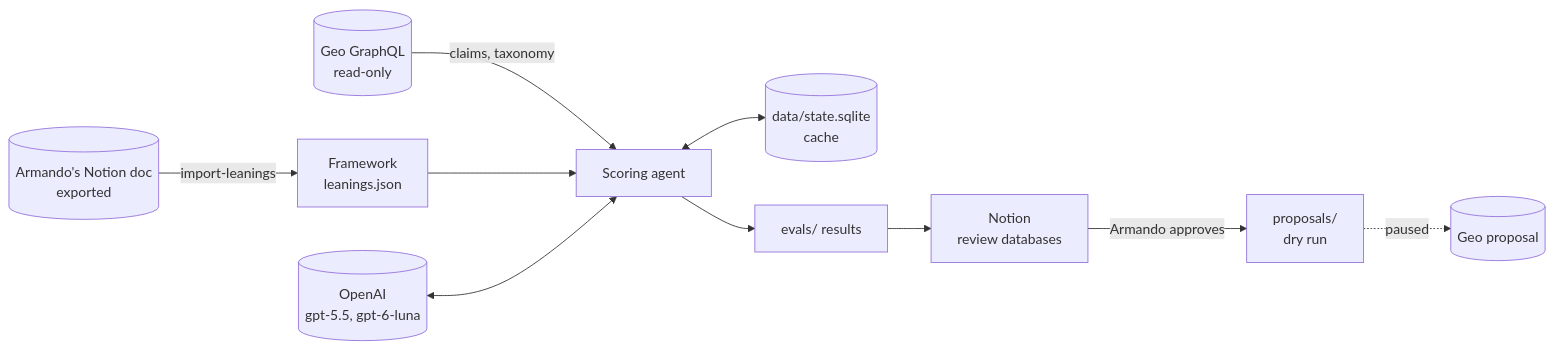
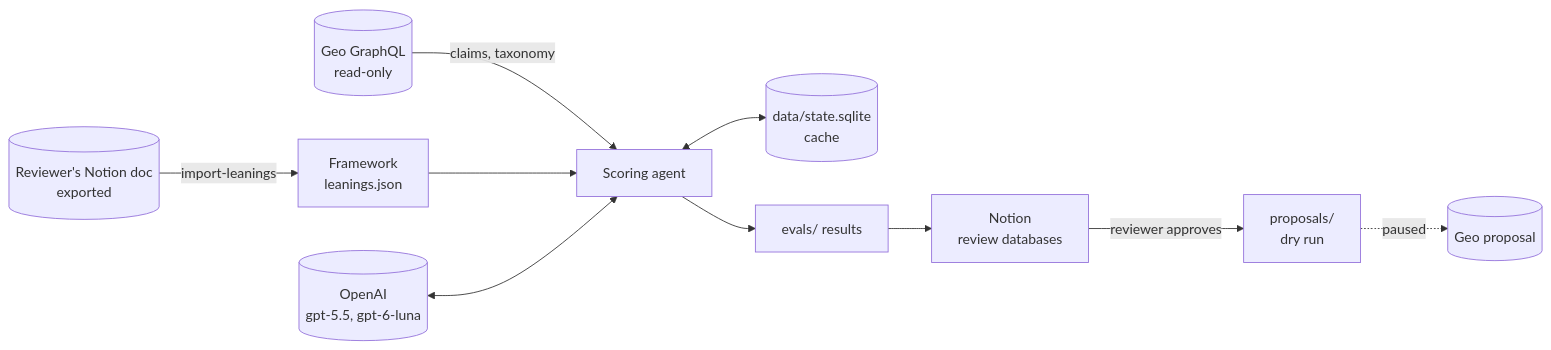
The second of 2 diagrams in README.md (Himanshujadhav2004/POLARIS), drawn with Mermaid before and after one commit. The commit also changed other lines of this file, not shown here.

First line of the commit message:
README: drop the reviewer's name, and the verifier is one check

````diff
--- a/README.md
+++ b/README.md
@@ -247,12 +247,12 @@
 ```mermaid
 flowchart LR
-    A[(Armando's Notion doc<br/>exported)] -->|import-leanings| F[Framework<br/>leanings.json]
+    A[(Reviewer's Notion doc<br/>exported)] -->|import-leanings| F[Framework<br/>leanings.json]
     G[(Geo GraphQL<br/>read-only)] -->|claims, taxonomy| AG[Scoring agent]
     F --> AG
     O[(OpenAI<br/>gpt-5.5, gpt-6-luna)] <--> AG
     AG <--> DB[(data/state.sqlite<br/>cache)]
     AG --> E[evals/ results]
     E --> N[Notion<br/>review databases]
-    N -->|Armando approves| P[proposals/<br/>dry run]
+    N -->|reviewer approves| P[proposals/<br/>dry run]
     P -.->|paused| GW[(Geo proposal)]
 ```
````
